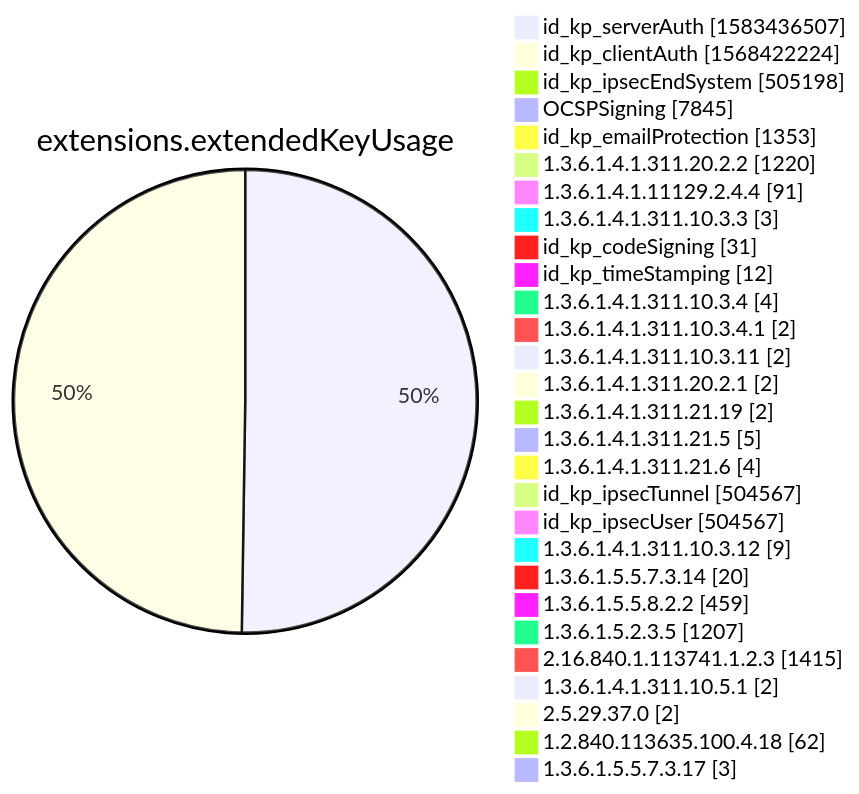
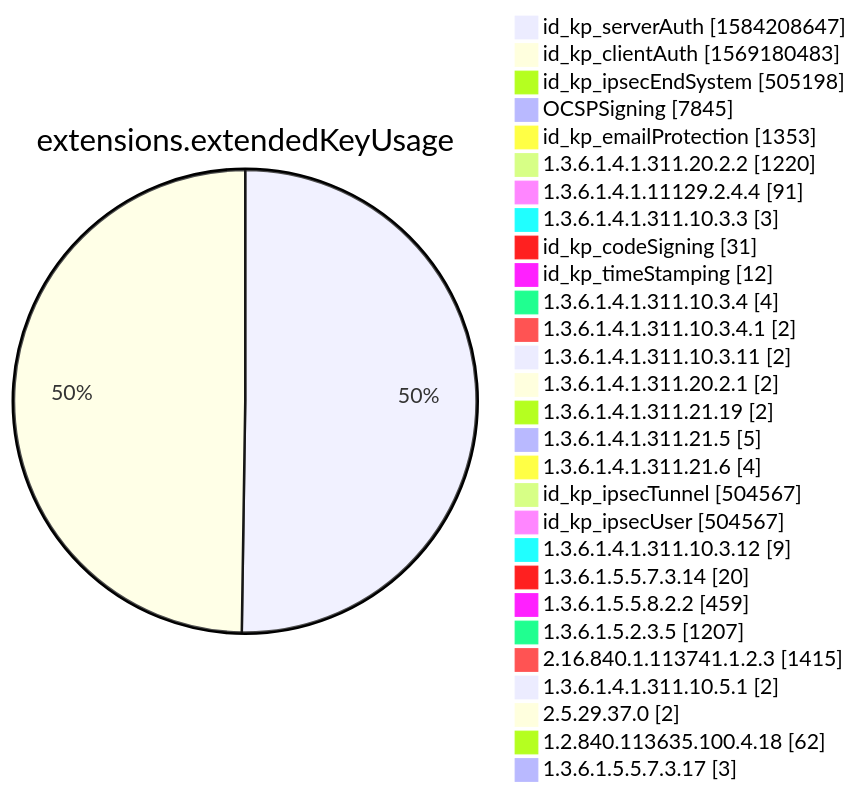
Diagram 12 of 15 in xenon2022/README.md (christiankrug/ctmonitor_visualization), drawn with Mermaid before and after one commit. The commit also changed other lines of this file, not shown here.

````diff
--- a/xenon2022/README.md
+++ b/xenon2022/README.md
@@ -3884,32 +3884,32 @@
 ```mermaid
 pie showData
 title extensions.extendedKeyUsage
-"id_kp_serverAuth" :1583436507
-"id_kp_clientAuth" :1568422224
+"id_kp_serverAuth" :1584208647
+"id_kp_clientAuth" :1569180483
 "id_kp_ipsecEndSystem" :505198
 "OCSPSigning" :7845
 "id_kp_emailProtection" :1353
 "1.3.6.1.4.1.311.20.2.2" :1220
 "1.3.6.1.4.1.11129.2.4.4" :91
 "1.3.6.1.4.1.311.10.3.3" :3
 "id_kp_codeSigning" :31
 "id_kp_timeStamping" :12
 "1.3.6.1.4.1.311.10.3.4" :4
 "1.3.6.1.4.1.311.10.3.4.1" :2
 "1.3.6.1.4.1.311.10.3.11" :2
 "1.3.6.1.4.1.311.20.2.1" :2
 "1.3.6.1.4.1.311.21.19" :2
 "1.3.6.1.4.1.311.21.5" :5
 "1.3.6.1.4.1.311.21.6" :4
 "id_kp_ipsecTunnel" :504567
 "id_kp_ipsecUser" :504567
 "1.3.6.1.4.1.311.10.3.12" :9
 "1.3.6.1.5.5.7.3.14" :20
 "1.3.6.1.5.5.8.2.2" :459
 "1.3.6.1.5.2.3.5" :1207
 "2.16.840.1.113741.1.2.3" :1415
 "1.3.6.1.4.1.311.10.5.1" :2
 "2.5.29.37.0" :2
 "1.2.840.113635.100.4.18" :62
 "1.3.6.1.5.5.7.3.17" :3
 ```
````
